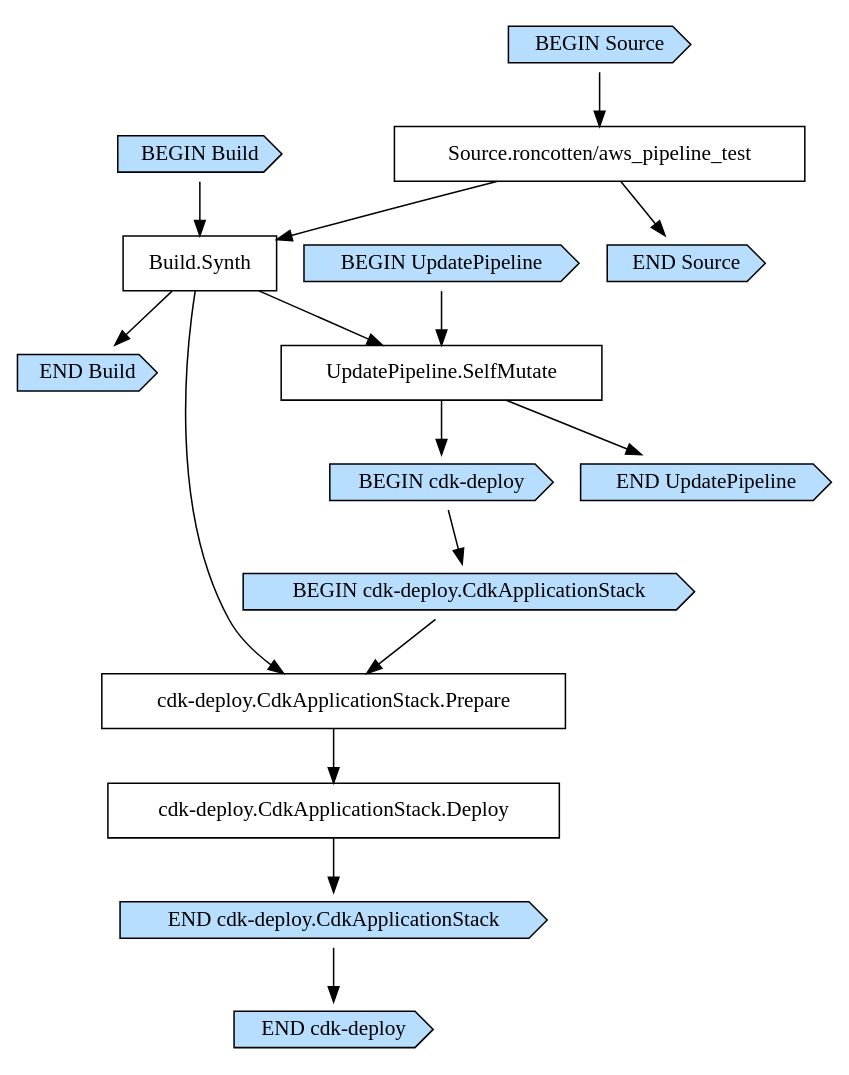
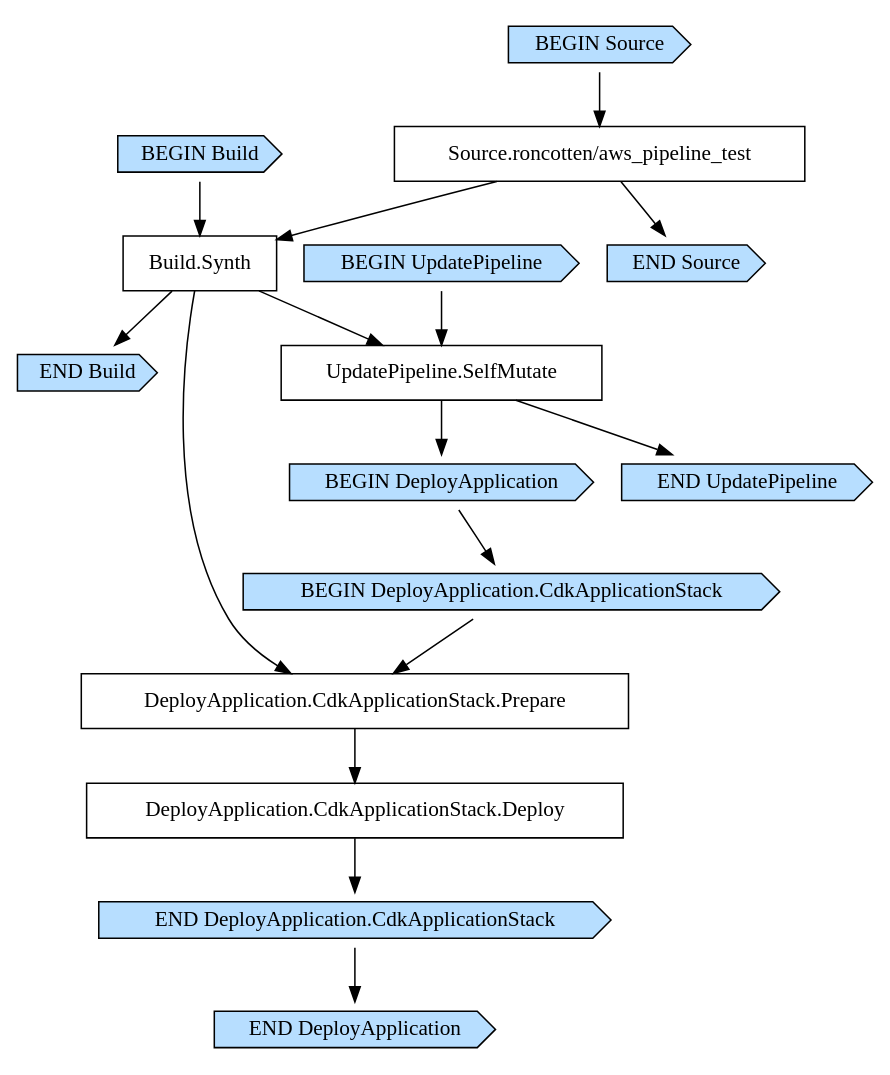
Before and after one commit to roncotten/aws_pipeline_test: the diagram in cdk.out/cdkpipelineC3976E41.dot, drawn with Graphviz. The commit also changed 9 other files, not shown here.

```diff
--- a/cdk.out/cdkpipelineC3976E41.dot
+++ b/cdk.out/cdkpipelineC3976E41.dot
@@ -1,37 +1,37 @@
 digraph G {
   # Arrows represent an "unlocks" relationship (opposite of dependency). So chosen
   # because the layout looks more natural that way.
   # To represent subgraph dependencies, subgraphs are represented by BEGIN/END nodes.
   # To render: `dot -Tsvg cdkpipelineC3976E41.dot > graph.svg`, open in a browser.
   node [shape="box"];
 "BEGIN Build" [shape="cds", style="filled", fillcolor="#b7deff"];
 "END Build" [shape="cds", style="filled", fillcolor="#b7deff"];
 "Build.Synth";
 "Source.roncotten/aws_pipeline_test" -> "Build.Synth";
 "BEGIN Build" -> "Build.Synth";
 "Build.Synth" -> "END Build";
 "BEGIN UpdatePipeline" [shape="cds", style="filled", fillcolor="#b7deff"];
 "END UpdatePipeline" [shape="cds", style="filled", fillcolor="#b7deff"];
 "UpdatePipeline.SelfMutate";
 "Build.Synth" -> "UpdatePipeline.SelfMutate";
 "BEGIN UpdatePipeline" -> "UpdatePipeline.SelfMutate";
 "UpdatePipeline.SelfMutate" -> "END UpdatePipeline";
-"BEGIN cdk-deploy" [shape="cds", style="filled", fillcolor="#b7deff"];
-"END cdk-deploy" [shape="cds", style="filled", fillcolor="#b7deff"];
-"UpdatePipeline.SelfMutate" -> "BEGIN cdk-deploy";
-"BEGIN cdk-deploy.CdkApplicationStack" [shape="cds", style="filled", fillcolor="#b7deff"];
-"END cdk-deploy.CdkApplicationStack" [shape="cds", style="filled", fillcolor="#b7deff"];
-"cdk-deploy.CdkApplicationStack.Deploy";
-"cdk-deploy.CdkApplicationStack.Prepare" -> "cdk-deploy.CdkApplicationStack.Deploy";
-"cdk-deploy.CdkApplicationStack.Prepare";
-"Build.Synth" -> "cdk-deploy.CdkApplicationStack.Prepare";
-"BEGIN cdk-deploy.CdkApplicationStack" -> "cdk-deploy.CdkApplicationStack.Prepare";
-"cdk-deploy.CdkApplicationStack.Deploy" -> "END cdk-deploy.CdkApplicationStack";
-"BEGIN cdk-deploy" -> "BEGIN cdk-deploy.CdkApplicationStack";
-"END cdk-deploy.CdkApplicationStack" -> "END cdk-deploy";
+"BEGIN DeployApplication" [shape="cds", style="filled", fillcolor="#b7deff"];
+"END DeployApplication" [shape="cds", style="filled", fillcolor="#b7deff"];
+"UpdatePipeline.SelfMutate" -> "BEGIN DeployApplication";
+"BEGIN DeployApplication.CdkApplicationStack" [shape="cds", style="filled", fillcolor="#b7deff"];
+"END DeployApplication.CdkApplicationStack" [shape="cds", style="filled", fillcolor="#b7deff"];
+"DeployApplication.CdkApplicationStack.Deploy";
+"DeployApplication.CdkApplicationStack.Prepare" -> "DeployApplication.CdkApplicationStack.Deploy";
+"DeployApplication.CdkApplicationStack.Prepare";
+"Build.Synth" -> "DeployApplication.CdkApplicationStack.Prepare";
+"BEGIN DeployApplication.CdkApplicationStack" -> "DeployApplication.CdkApplicationStack.Prepare";
+"DeployApplication.CdkApplicationStack.Deploy" -> "END DeployApplication.CdkApplicationStack";
+"BEGIN DeployApplication" -> "BEGIN DeployApplication.CdkApplicationStack";
+"END DeployApplication.CdkApplicationStack" -> "END DeployApplication";
 "BEGIN Source" [shape="cds", style="filled", fillcolor="#b7deff"];
 "END Source" [shape="cds", style="filled", fillcolor="#b7deff"];
 "Source.roncotten/aws_pipeline_test";
 "BEGIN Source" -> "Source.roncotten/aws_pipeline_test";
 "Source.roncotten/aws_pipeline_test" -> "END Source";
 }
```
